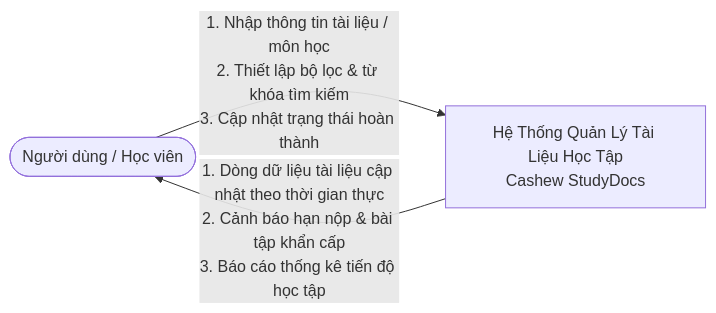
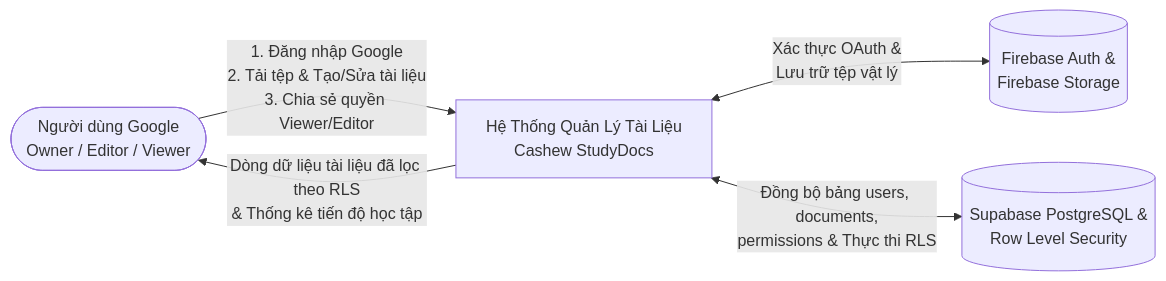
One commit to LuvAbyss/Study-Document-Manager changed the first of 5 diagrams in ARCHITECTURE_REPORT.md. Above: the diagram before and after it, drawn with Mermaid. The commit also changed other lines of this file and 32 other files, not shown here.

````diff
--- a/ARCHITECTURE_REPORT.md
+++ b/ARCHITECTURE_REPORT.md
@@ -40,8 +45,12 @@
 ```mermaid
 flowchart LR
-    User([Người dùng / Học viên])
-    System[Hệ Thống Quản Lý Tài Liệu Học Tập\nCashew StudyDocs]
+    User([Người dùng Google\nOwner / Editor / Viewer])
+    System[Hệ Thống Quản Lý Tài Liệu\nCashew StudyDocs]
+    Firebase[(Firebase Auth &\nFirebase Storage)]
+    Supabase[(Supabase PostgreSQL &\nRow Level Security)]
 
-    User -->|1. Nhập thông tin tài liệu / môn học\n2. Thiết lập bộ lọc & từ khóa tìm kiếm\n3. Cập nhật trạng thái hoàn thành| System
-    System -->|1. Dòng dữ liệu tài liệu cập nhật theo thời gian thực\n2. Cảnh báo hạn nộp & bài tập khẩn cấp\n3. Báo cáo thống kê tiến độ học tập| User
+    User -->|1. Đăng nhập Google\n2. Tải tệp & Tạo/Sửa tài liệu\n3. Chia sẻ quyền Viewer/Editor| System
+    System <-->|Xác thực OAuth &\nLưu trữ tệp vật lý| Firebase
+    System <-->|Đồng bộ bảng users, documents,\npermissions & Thực thi RLS| Supabase
+    System -->|Dòng dữ liệu tài liệu đã lọc theo RLS\n& Thống kê tiến độ học tập| User
 ```
````
